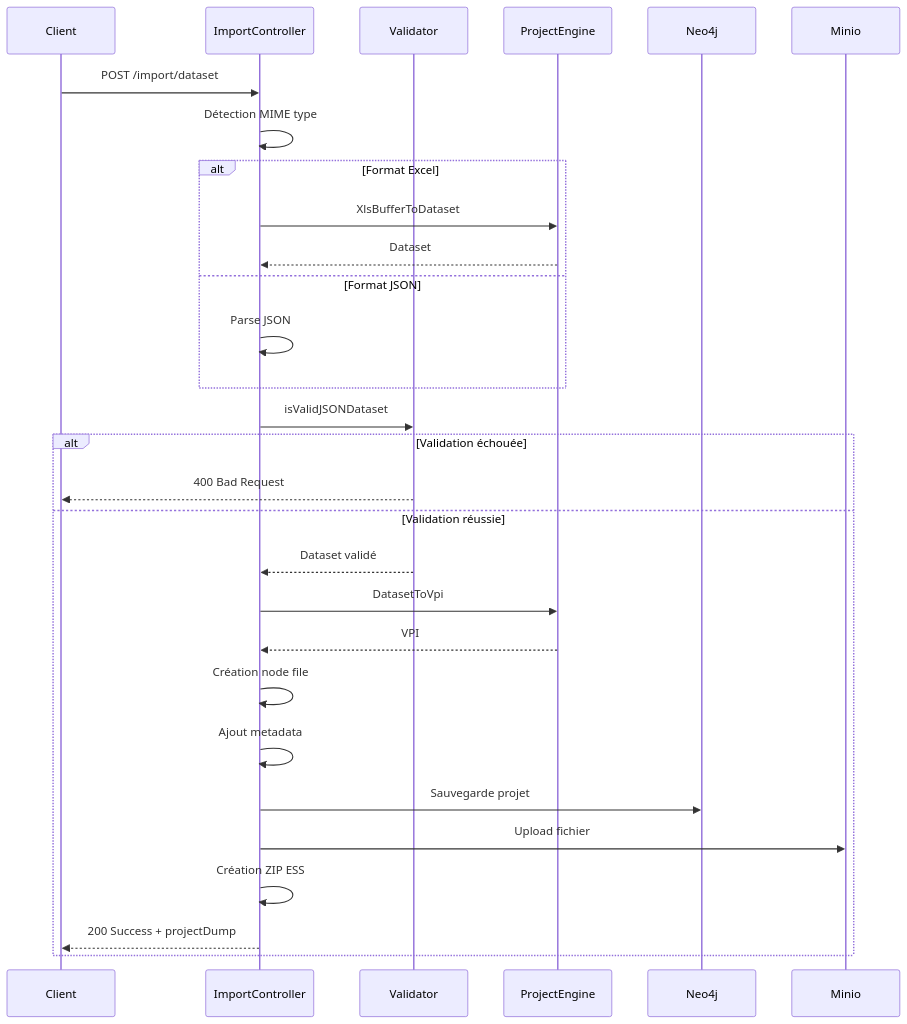
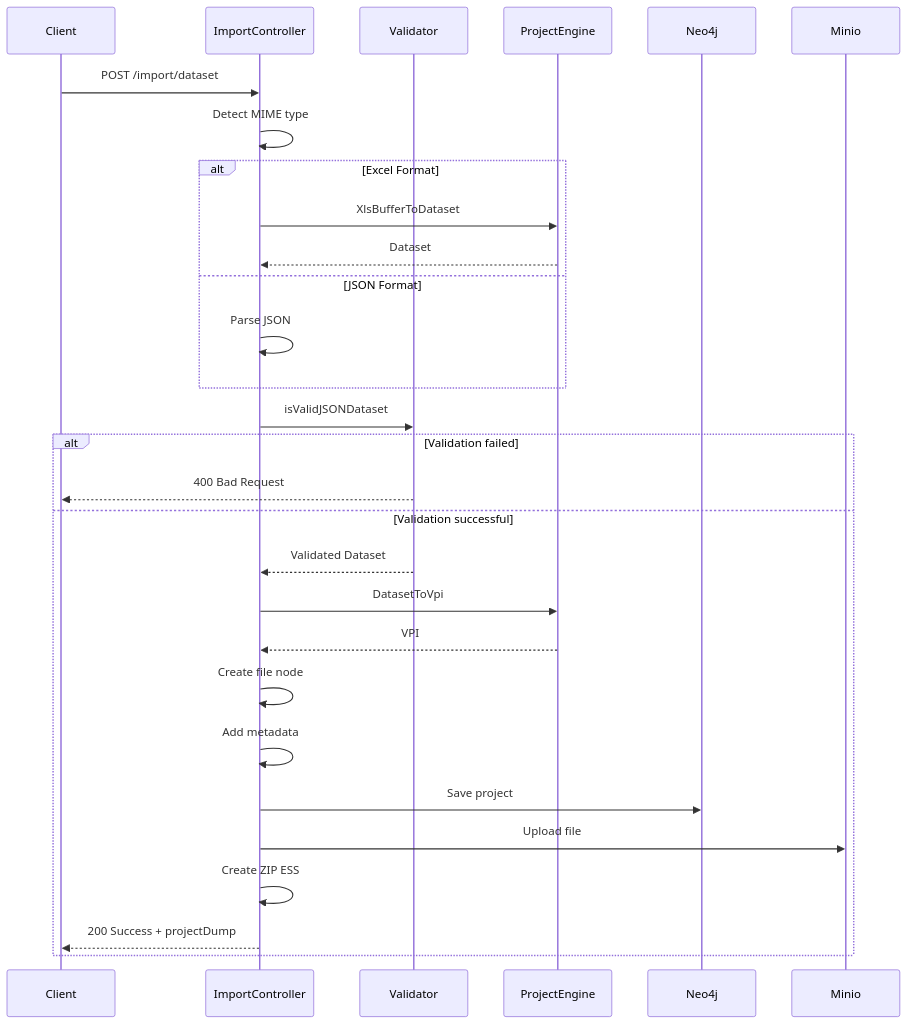
Before and after one commit to infrasoftbe/vnv-doc: the ninth of 13 diagrams in vnv-doc-content/blog/posts/Validation procedures.md, drawn with Mermaid. The commit also changed other lines of this file and 9 other files, not shown here.

````diff
--- a/vnv-doc-content/blog/posts/Validation procedures.md
+++ b/vnv-doc-content/blog/posts/Validation procedures.md
@@ -621,38 +658,38 @@
 ```mermaid
 sequenceDiagram
     participant Client
     participant Controller as ImportController
     participant Validator
     participant Engine as ProjectEngine
     participant Neo4j
     participant Minio
 
     Client->>Controller: POST /import/dataset
-    Controller->>Controller: Détection MIME type
+    Controller->>Controller: Detect MIME type
     
-    alt Format Excel
+    alt Excel Format
         Controller->>Engine: XlsBufferToDataset
         Engine-->>Controller: Dataset
-    else Format JSON
+    else JSON Format
         Controller->>Controller: Parse JSON
     end
     
     Controller->>Validator: isValidJSONDataset
     
-    alt Validation échouée
+    alt Validation failed
         Validator-->>Client: 400 Bad Request
-    else Validation réussie
-        Validator-->>Controller: Dataset validé
+    else Validation successful
+        Validator-->>Controller: Validated Dataset
         
         Controller->>Engine: DatasetToVpi
         Engine-->>Controller: VPI
         
-        Controller->>Controller: Création node file
-        Controller->>Controller: Ajout metadata
-        Controller->>Neo4j: Sauvegarde projet
-        Controller->>Minio: Upload fichier
-        Controller->>Controller: Création ZIP ESS
+        Controller->>Controller: Create file node
+        Controller->>Controller: Add metadata
+        Controller->>Neo4j: Save project
+        Controller->>Minio: Upload file
+        Controller->>Controller: Create ZIP ESS
         
         Controller-->>Client: 200 Success + projectDump
     end
 ```
````
